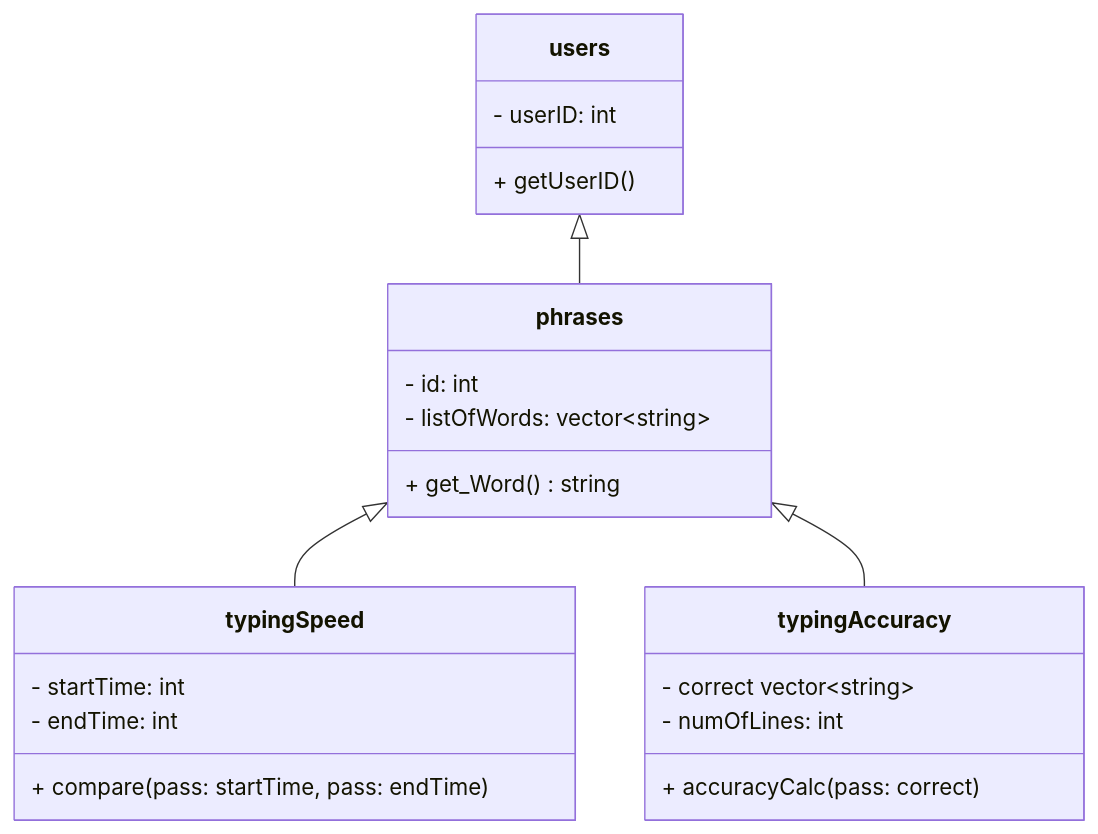
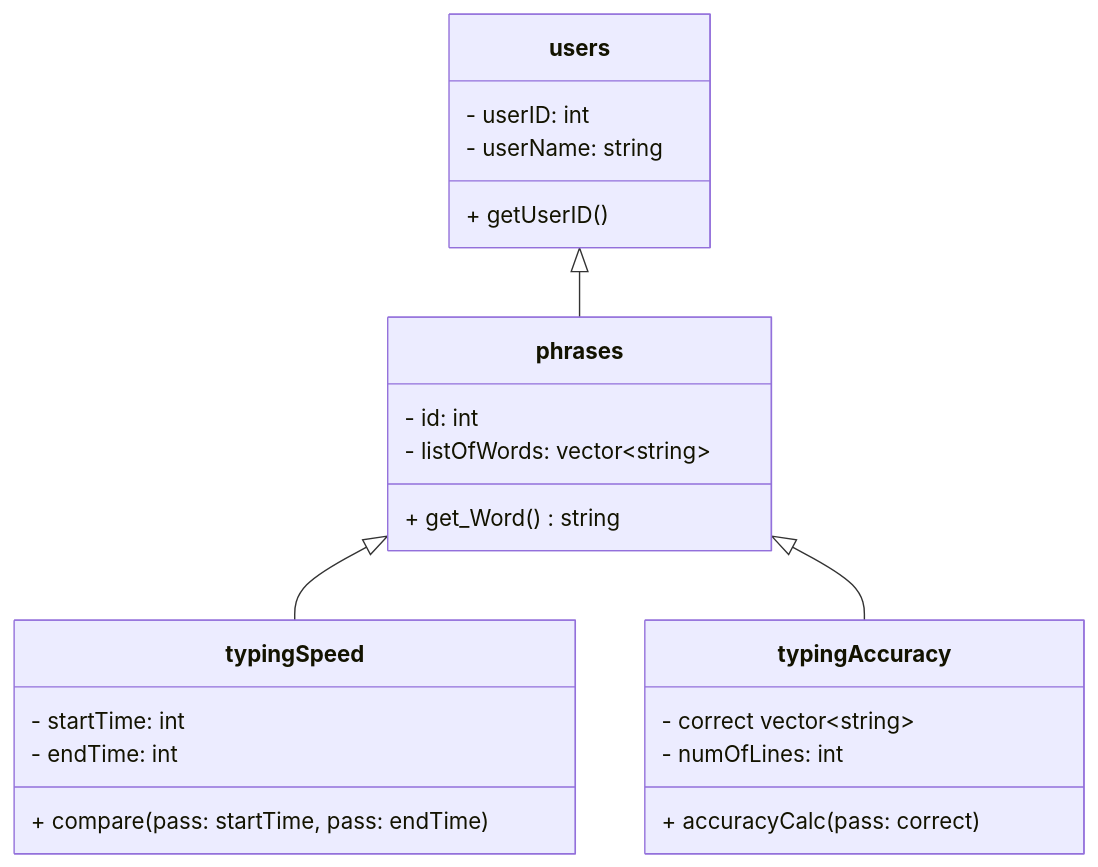
Before and after one commit to oerivas-star/tippitytappity-design: the diagram in README.md, drawn with Mermaid.

````diff
--- a/README.md
+++ b/README.md
@@ -8,25 +8,26 @@
 ```mermaid
 classDiagram
   phrases <|-- typingSpeed
   phrases <|-- typingAccuracy
   users <|-- phrases
   class phrases{
         - id: int
         - listOfWords: vector~string~
         + get_Word() string
   }
   class typingSpeed{
         - startTime: int
         - endTime: int
         + compare(pass: startTime, pass: endTime)
   }
   class typingAccuracy{
         - correct vector~string~
         - numOfLines: int
         + accuracyCalc( pass: correct )
   }
   class users{
         - userID: int
+        - userName: string
         + getUserID()
   }
 ```
````
